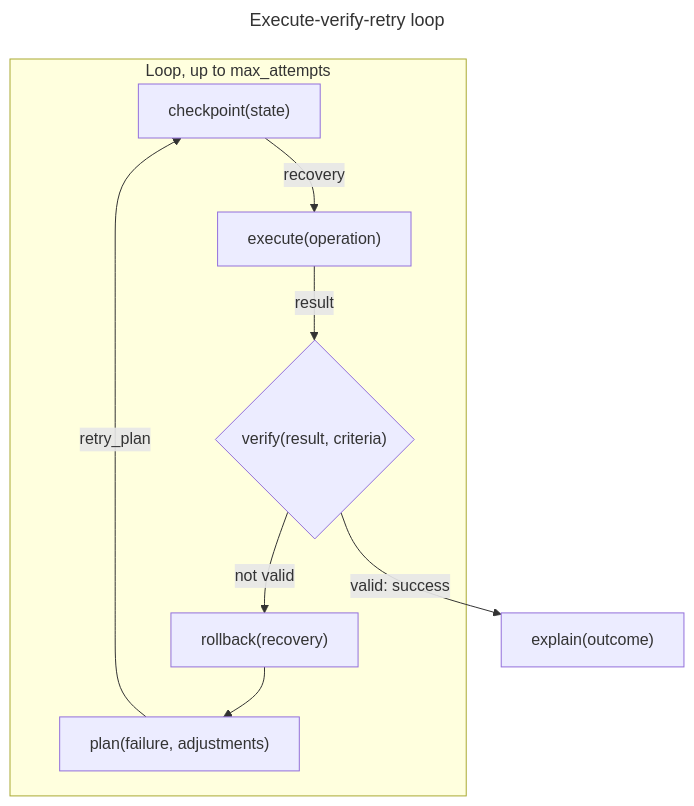
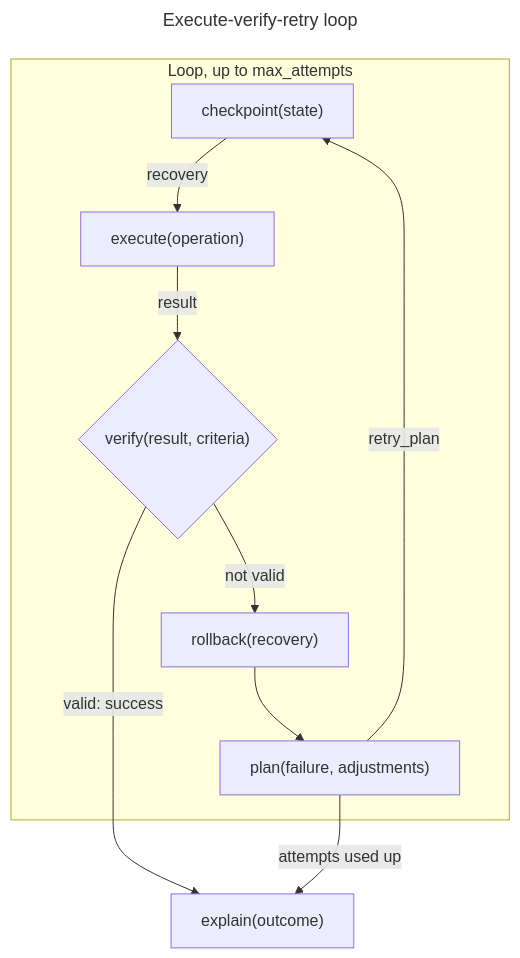
The sixth of 10 diagrams in docs/WORKFLOW_PATTERNS.md (synaptiai/agent-capability-standard), drawn with Mermaid before and after one commit. The commit also changed other lines of this file and 1 other file, not shown here.

First line of the commit message:
docs: correct and extend the diagrams in the two guides

````diff
--- a/docs/WORKFLOW_PATTERNS.md
+++ b/docs/WORKFLOW_PATTERNS.md
@@ -275,14 +313,16 @@
 ```mermaid
 ---
 title: Execute-verify-retry loop
 ---
 flowchart TB
+  accDescr: Each attempt saves a checkpoint, executes and verifies; a failed check rolls back and plans the next attempt, and explain reports the outcome on success or once the attempts run out.
   subgraph attempt [Loop, up to max_attempts]
     checkpoint["checkpoint(state)"] -->|recovery| execute["execute(operation)"]
     execute -->|result| verify{"verify(result, criteria)"}
     verify -->|not valid| rollback["rollback(recovery)"]
     rollback --> replan["plan(failure, adjustments)"]
     replan -->|retry_plan| checkpoint
   end
   verify -->|valid: success| explain["explain(outcome)"]
+  replan -->|attempts used up| explain
 ```
````
